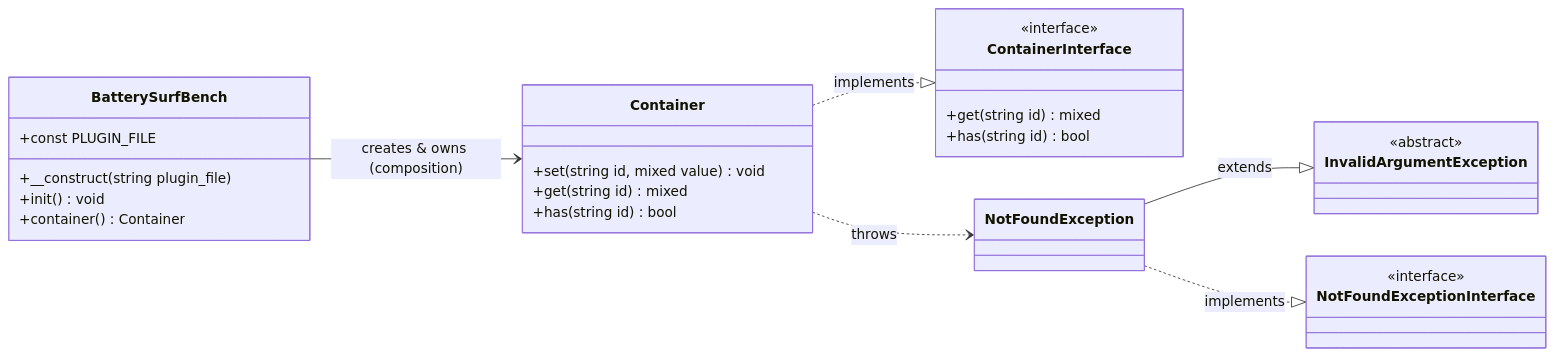
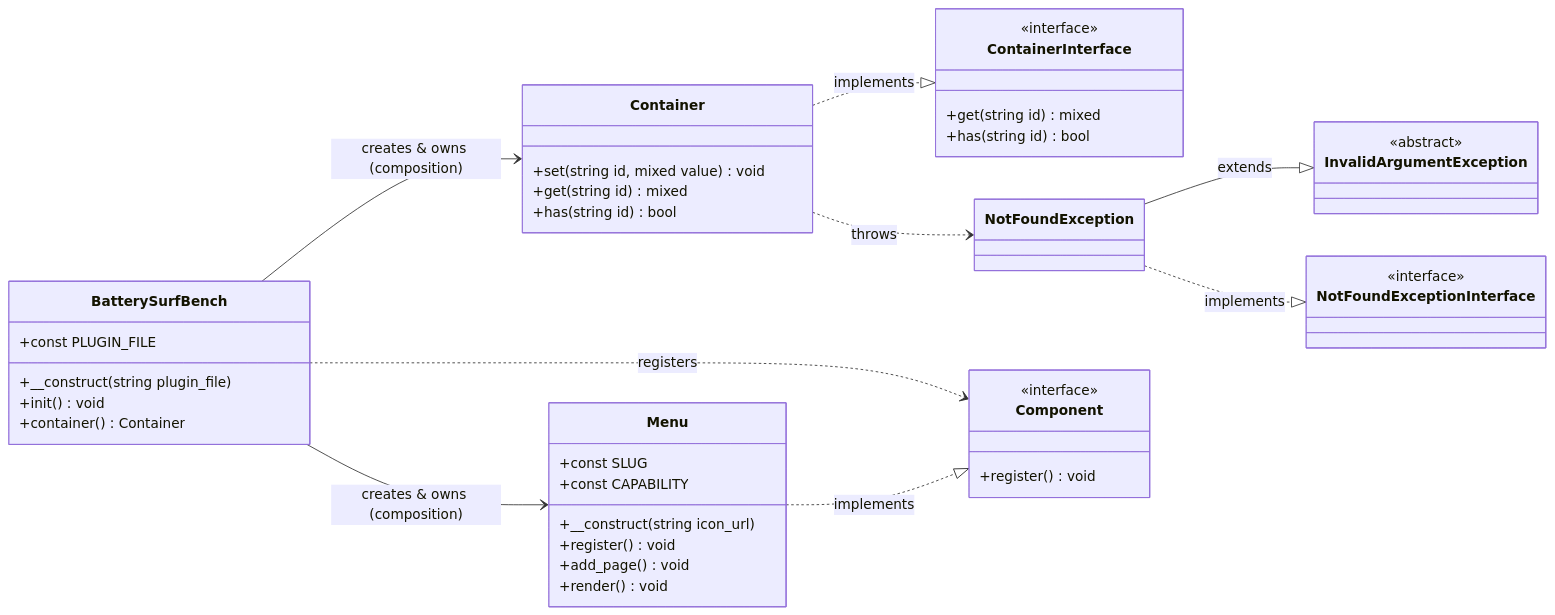
Before and after one commit to erdembircan/battery-surf-bench: the diagram in docs/contracts/php-class-interactions.mmd, drawn with Mermaid. The commit also changed 7 other files, not shown here.

Commit message:
[FEAT]: add admin menu component with logo icon

```diff
--- a/docs/contracts/php-class-interactions.mmd
+++ b/docs/contracts/php-class-interactions.mmd
@@ -1,38 +1,55 @@
 %% PHP class interactions — contract chart.
 classDiagram
     direction LR
 
     class BatterySurfBench {
         +const PLUGIN_FILE
         +__construct(string plugin_file)
         +init() void
         +container() Container
     }
 
     class ContainerInterface {
         <<interface>>
         +get(string id) mixed
         +has(string id) bool
     }
 
     class Container {
         +set(string id, mixed value) void
         +get(string id) mixed
         +has(string id) bool
     }
 
     class NotFoundExceptionInterface {
         <<interface>>
     }
 
     class InvalidArgumentException {
         <<abstract>>
     }
 
     class NotFoundException
 
+    class Component {
+        <<interface>>
+        +register() void
+    }
+
+    class Menu {
+        +const SLUG
+        +const CAPABILITY
+        +__construct(string icon_url)
+        +register() void
+        +add_page() void
+        +render() void
+    }
+
     BatterySurfBench --> Container : creates & owns (composition)
+    BatterySurfBench --> Menu : creates & owns (composition)
+    BatterySurfBench ..> Component : registers
+    Menu ..|> Component : implements
     Container ..|> ContainerInterface : implements
     Container ..> NotFoundException : throws
     NotFoundException --|> InvalidArgumentException : extends
     NotFoundException ..|> NotFoundExceptionInterface : implements
```
